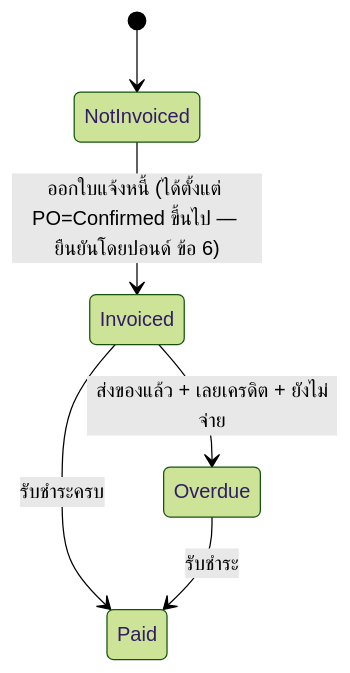
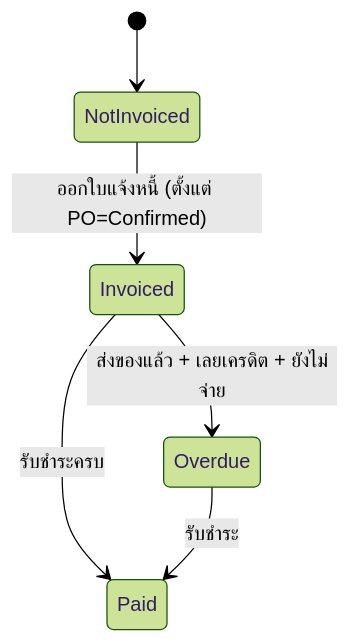
Before and after one commit to sitthi-phat/erp-cosmetics-manufacturing-module: the third of 7 diagrams in docs/requirements/erp-v2-ui-first/status-journeys.md, drawn with Mermaid (forest theme). The commit also changed other lines of this file and 3 other files, not shown here.

````diff
--- a/docs/requirements/erp-v2-ui-first/status-journeys.md
+++ b/docs/requirements/erp-v2-ui-first/status-journeys.md
@@ -77,8 +78,8 @@
 ```mermaid
 stateDiagram-v2
     [*] --> NotInvoiced
-    NotInvoiced --> Invoiced: ออกใบแจ้งหนี้ (ได้ตั้งแต่ PO=Confirmed ขึ้นไป — ยืนยันโดยปอนด์ ข้อ 6)
+    NotInvoiced --> Invoiced: ออกใบแจ้งหนี้ (ตั้งแต่ PO=Confirmed)
     Invoiced --> Paid: รับชำระครบ
     Invoiced --> Overdue: ส่งของแล้ว + เลยเครดิต + ยังไม่จ่าย
     Overdue --> Paid: รับชำระ
 ```
````
